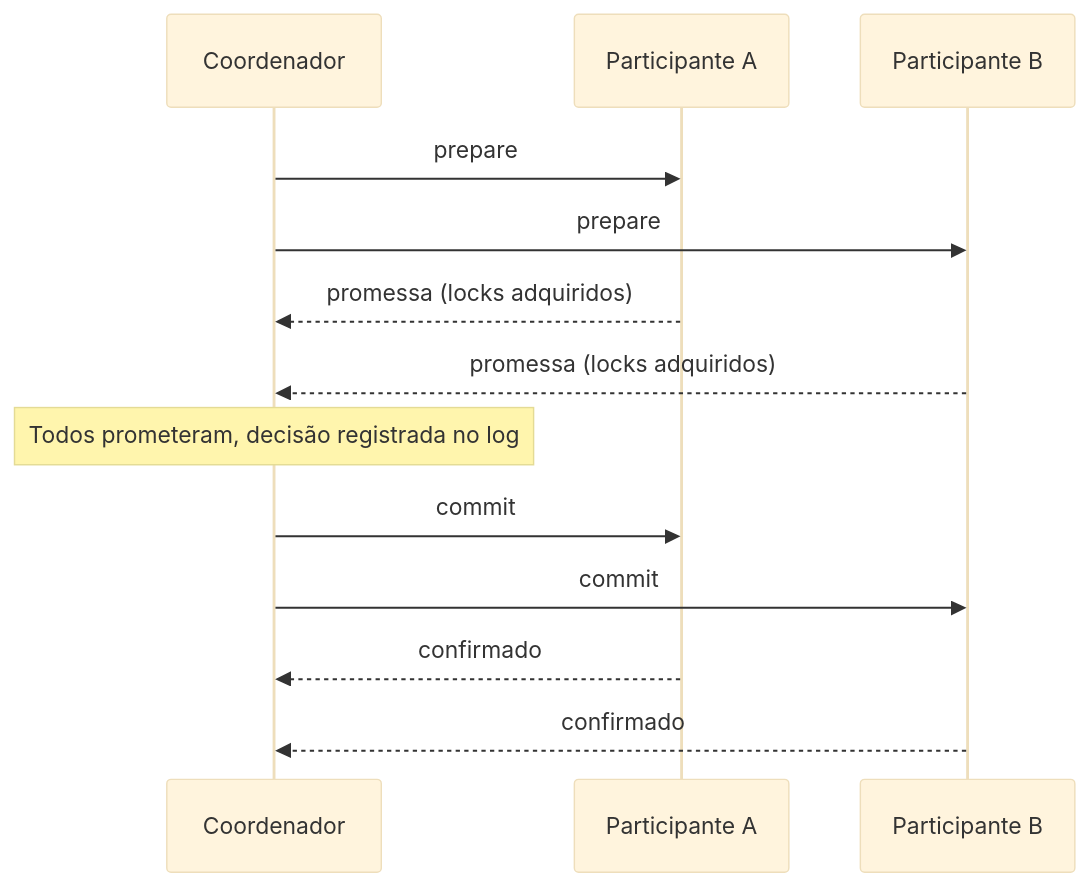
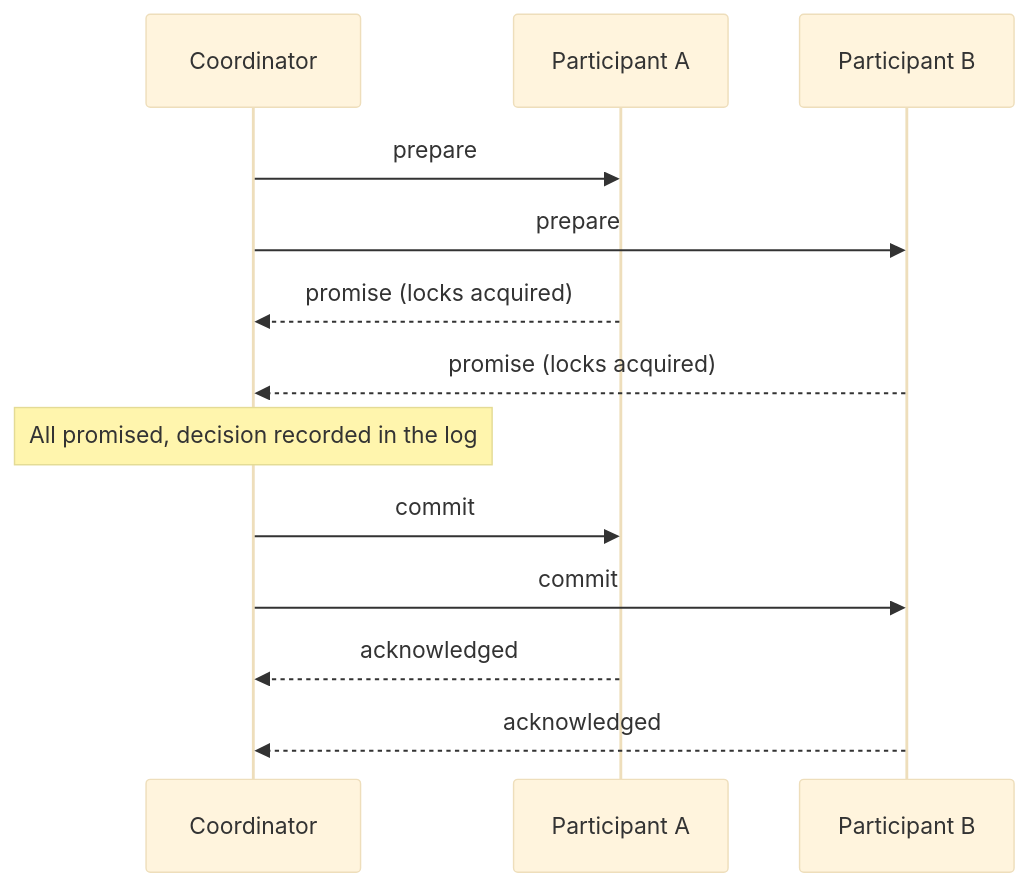
One commit to alancesar/design-patterns changed the diagram in docs/architecture/distributed-systems/data-partitioning/two-phase-commit.md. Above: the diagram before and after it, drawn with Mermaid (base theme). The commit also changed 258 other files, not shown here.

First line of the commit message:
Translate Mermaid diagrams to English

````diff
--- a/docs/architecture/distributed-systems/data-partitioning/two-phase-commit.md
+++ b/docs/architecture/distributed-systems/data-partitioning/two-phase-commit.md
@@ -57,15 +57,15 @@
 ```mermaid
 sequenceDiagram
-    participant C as Coordenador
-    participant A as Participante A
-    participant B as Participante B
+    participant C as Coordinator
+    participant A as Participant A
+    participant B as Participant B
     C->>A: prepare
     C->>B: prepare
-    A-->>C: promessa (locks adquiridos)
-    B-->>C: promessa (locks adquiridos)
-    Note over C: Todos prometeram, decisão registrada no log
+    A-->>C: promise (locks acquired)
+    B-->>C: promise (locks acquired)
+    Note over C: All promised, decision recorded in the log
     C->>A: commit
     C->>B: commit
-    A-->>C: confirmado
-    B-->>C: confirmado
+    A-->>C: acknowledged
+    B-->>C: acknowledged
 ```
````
